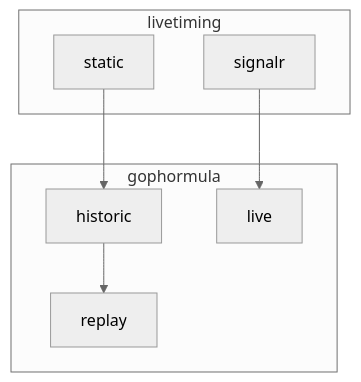
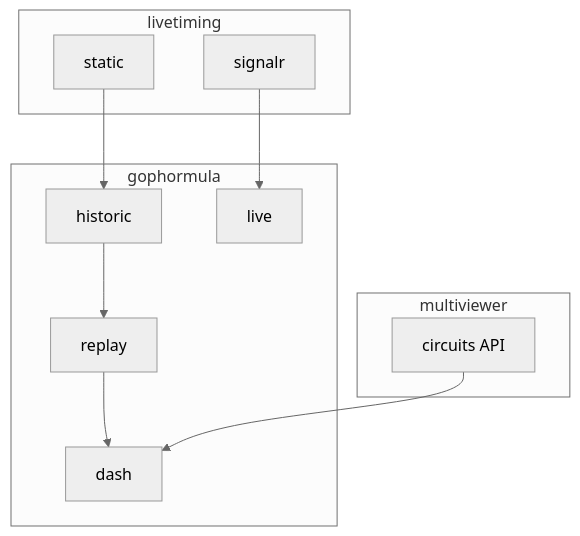
One commit to TheQueenIsDead/gophormula changed the diagram in README.md. Above: the diagram before and after it, drawn with Mermaid (neutral theme). The commit also changed other lines of this file and 1 other file, not shown here.

````diff
--- a/README.md
+++ b/README.md
@@ -36,16 +60,23 @@
 ```mermaid
 graph TD
-    subgraph livetiming 
+    subgraph livetiming
         static
         signalr
     end
-    
-    subgraph "gophormula"
+
+    subgraph multiviewer
+        circuits["circuits API"]
+    end
+
+    subgraph gophormula
         historic
         replay
         live
+        dash
     end
+
     signalr --> live
     static --> historic --> replay
-
+    replay --> dash
+    circuits --> dash
 ```
````
